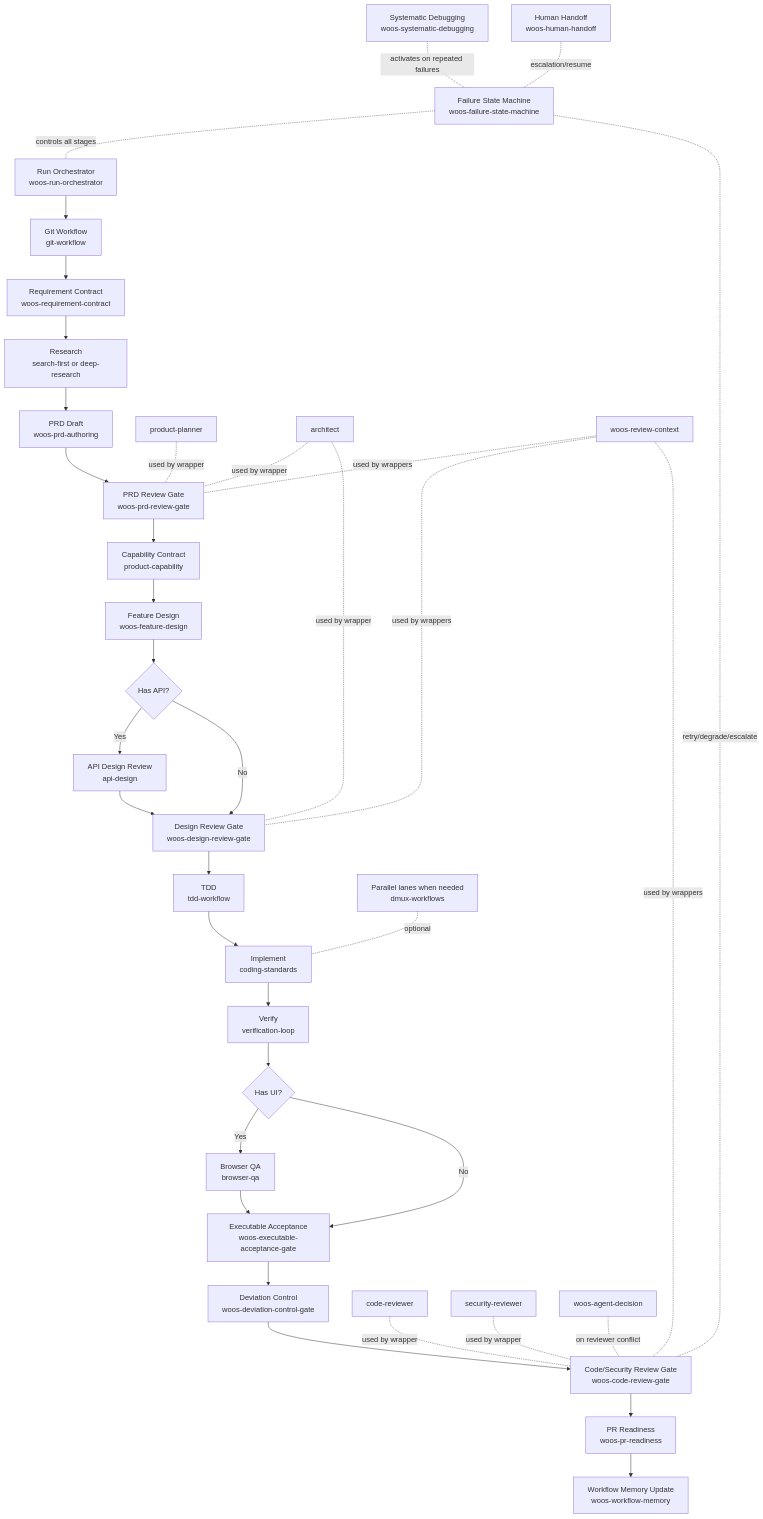
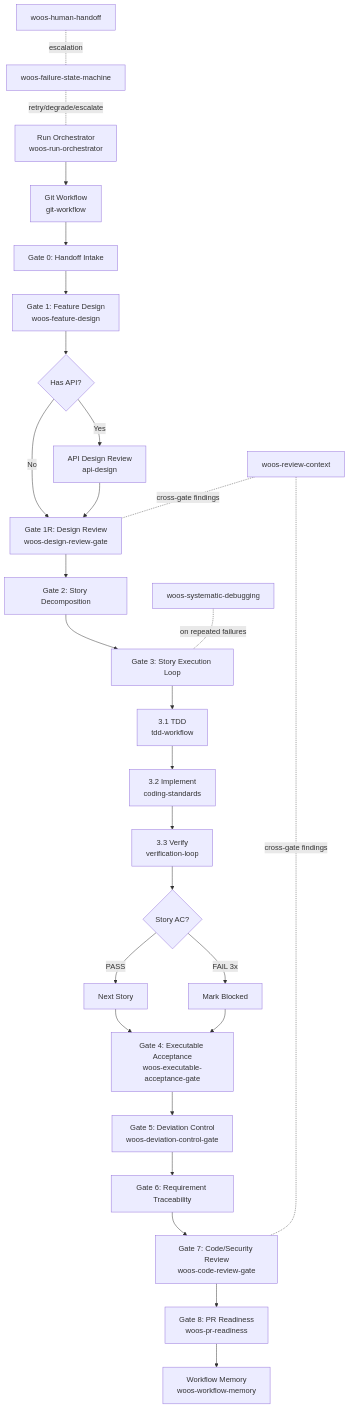
The diagram in README.md (zero-click/zero-ratchet), drawn with Mermaid before and after one commit. The commit also changed other lines of this file and 11 other files, not shown here.

First line of the commit message:
feat: rewrite dev workflow v2.0 — story loop, traceability, remove 6 redundant skills

````diff
--- a/README.md
+++ b/README.md
@@ -61,41 +59,32 @@
 ```mermaid
 flowchart TD
   A[Run Orchestrator<br/>woos-run-orchestrator] --> B[Git Workflow<br/>git-workflow]
-  B --> C[Requirement Contract<br/>woos-requirement-contract]
-  C --> D[Research<br/>search-first or deep-research]
-  D --> E[PRD Draft<br/>woos-prd-authoring]
-  E --> F[PRD Review Gate<br/>woos-prd-review-gate]
-  F --> G[Capability Contract<br/>product-capability]
-  G --> H[Feature Design<br/>woos-feature-design]
-  H --> H1{Has API?}
-  H1 -->|Yes| H2[API Design Review<br/>api-design]
-  H1 -->|No| I
-  H2 --> I[Design Review Gate<br/>woos-design-review-gate]
-  I --> J[TDD<br/>tdd-workflow]
-  J --> K[Implement<br/>coding-standards]
-  K --> L[Verify<br/>verification-loop]
-  L --> L1{Has UI?}
-  L1 -->|Yes| L2[Browser QA<br/>browser-qa]
-  L1 -->|No| M
-  L2 --> M[Executable Acceptance<br/>woos-executable-acceptance-gate]
-  M --> N[Deviation Control<br/>woos-deviation-control-gate]
-  N --> O[Code/Security Review Gate<br/>woos-code-review-gate]
-  O --> P[PR Readiness<br/>woos-pr-readiness]
-  P --> Q[Workflow Memory Update<br/>woos-workflow-memory]
+  B --> C[Gate 0: Handoff Intake]
+  C --> D[Gate 1: Feature Design<br/>woos-feature-design]
+  D --> D1{Has API?}
+  D1 -->|Yes| D2[API Design Review<br/>api-design]
+  D1 -->|No| E
+  D2 --> E[Gate 1R: Design Review<br/>woos-design-review-gate]
+  E --> F[Gate 2: Story Decomposition]
+  F --> G[Gate 3: Story Execution Loop]
+  G --> G1[3.1 TDD<br/>tdd-workflow]
+  G1 --> G2[3.2 Implement<br/>coding-standards]
+  G2 --> G3[3.3 Verify<br/>verification-loop]
+  G3 --> G4{Story AC?}
+  G4 -->|PASS| G5[Next Story]
+  G4 -->|FAIL 3x| G6[Mark Blocked]
+  G5 --> H
+  G6 --> H
+  H[Gate 4: Executable Acceptance<br/>woos-executable-acceptance-gate]
+  H --> I[Gate 5: Deviation Control<br/>woos-deviation-control-gate]
+  I --> J[Gate 6: Requirement Traceability]
+  J --> K[Gate 7: Code/Security Review<br/>woos-code-review-gate]
+  K --> L[Gate 8: PR Readiness<br/>woos-pr-readiness]
+  L --> M[Workflow Memory<br/>woos-workflow-memory]
 
-  R[Failure State Machine<br/>woos-failure-state-machine] -.controls all stages.- A
-  R -.retry/degrade/escalate.- O
-  R2[Systematic Debugging<br/>woos-systematic-debugging] -.activates on repeated failures.- R
-  S[Human Handoff<br/>woos-human-handoff] -.escalation/resume.- R
-  T[Parallel lanes when needed<br/>dmux-workflows] -.optional.- K
-
-  U[product-planner] -.used by wrapper.- F
-  V[architect] -.used by wrapper.- F
-  V -.used by wrapper.- I
-  Y[woos-review-context] -.used by wrappers.- F
-  Y -.used by wrappers.- I
-  Y -.used by wrappers.- O
-  W[code-reviewer] -.used by wrapper.- O
-  X[security-reviewer] -.used by wrapper.- O
-  Z[woos-agent-decision] -.on reviewer conflict.- O
+  N[woos-failure-state-machine] -.retry/degrade/escalate.- A
+  O[woos-systematic-debugging] -.on repeated failures.- G
+  P[woos-human-handoff] -.escalation.- N
+  Q[woos-review-context] -.cross-gate findings.- E
+  Q -.cross-gate findings.- K
 ```
````
